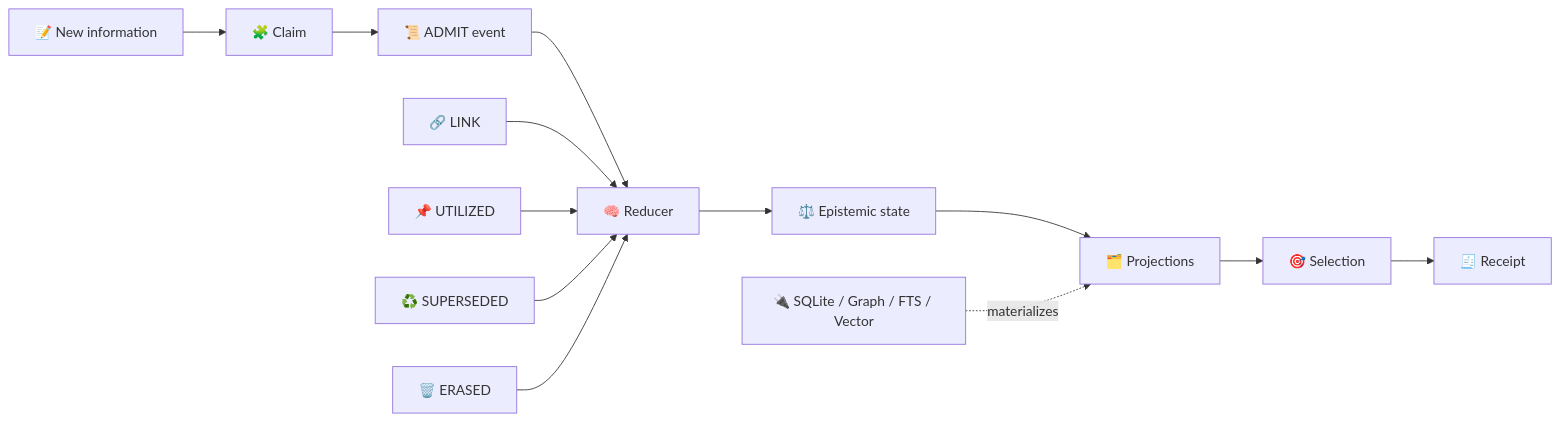
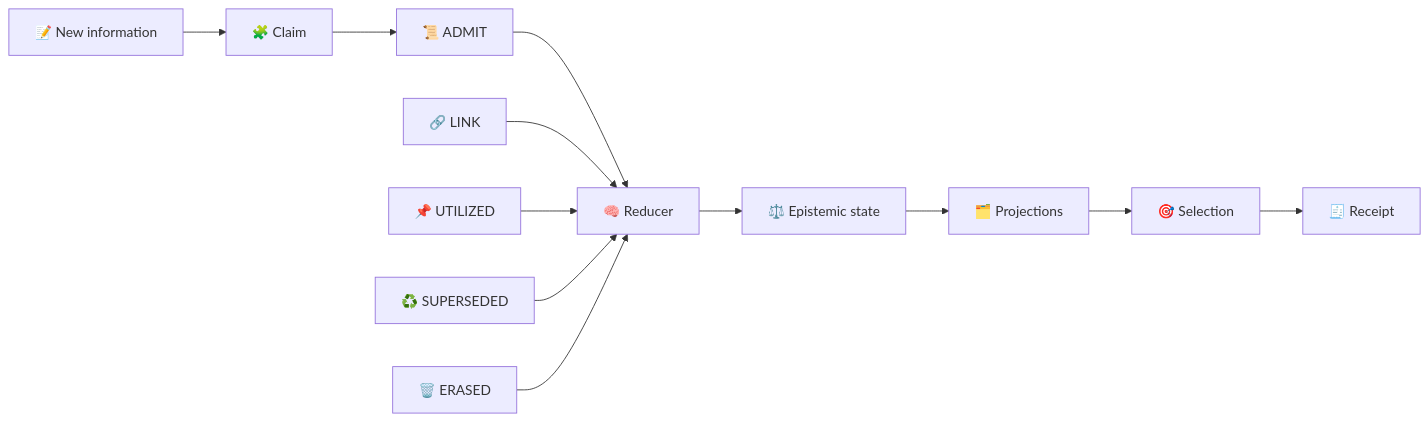
The second of 3 diagrams in README.md (velantrian/velantrim-native-kernel), drawn with Mermaid before and after one commit. The commit also changed other lines of this file, not shown here.

````diff
--- a/README.md
+++ b/README.md
@@ -303,17 +407,15 @@
 ```mermaid
 flowchart LR
     A["📝 New information"] --> B["🧩 Claim"]
-    B --> C["📜 ADMIT event"]
+    B --> C["📜 ADMIT"]
     C --> D["🧠 Reducer"]
     D --> E["⚖️ Epistemic state"]
     E --> F["🗂️ Projections"]
     F --> G["🎯 Selection"]
     G --> H["🧾 Receipt"]
 
     I["🔗 LINK"] --> D
     J["📌 UTILIZED"] --> D
     K["♻️ SUPERSEDED"] --> D
     L["🗑️ ERASED"] --> D
-
-    M["🔌 SQLite / Graph / FTS / Vector"] -. materializes .-> F
 ```
````
